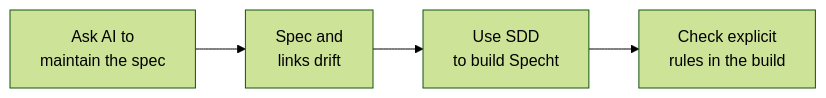
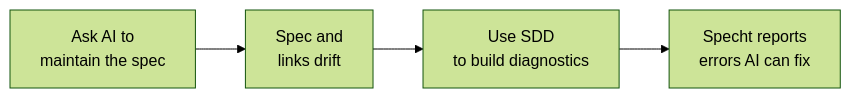
The diagram in sdlc/specification-driven-development/slides/slides.md (RLittlesII/talks), drawn with Mermaid (forest theme) before and after one commit. The commit also changed other lines of this file and 31 other files, not shown here.

First line of the commit message:
slides: specification driven development (#77)

````diff
--- a/sdlc/specification-driven-development/slides/slides.md
+++ b/sdlc/specification-driven-development/slides/slides.md
@@ -707,12 +683,12 @@
 ```mermaid {key: $clicks, scale: 0.75, themeCSS: ['.sdd-step-1', '.sdd-step-2, .flowchart-link[data-id=edgeAB]', '.sdd-step-3, .flowchart-link[data-id=edgeBC]', '.sdd-step-4, .flowchart-link[data-id=edgeCD]'].map((selector, index) => selector + ' { visibility: ' + ($clicks > index ? 'visible' : 'var(--sdd-unrevealed-diagram-content, hidden)') + '; }').join(' ')}
 graph LR
-accTitle: How Specht grew out of SDD
-accDescr: AI maintained the specification as the software changed. The specification and its links drifted. SDD guided the development of Specht so the build could check explicit rules.
+accTitle: How SDD led to automated checks
+accDescr: AI maintained the specification as the software changed. The specification and its links drifted. SDD guided the development of a checker for explicit rules in the build.
 A["Ask AI to<br/>maintain the spec"] edgeAB@--> B["Spec and<br/>links drift"]
-B edgeBC@--> C["Use SDD<br/>to build Specht"]
-C edgeCD@--> D["Check explicit<br/>rules in the build"]
+B edgeBC@--> C["Use SDD<br/>to build diagnostics"]
+C edgeCD@--> D["Specht reports<br/>errors AI can fix"]
 class A sdd-step-1
 class B sdd-step-2
 class C sdd-step-3
 class D sdd-step-4
 ```
````
